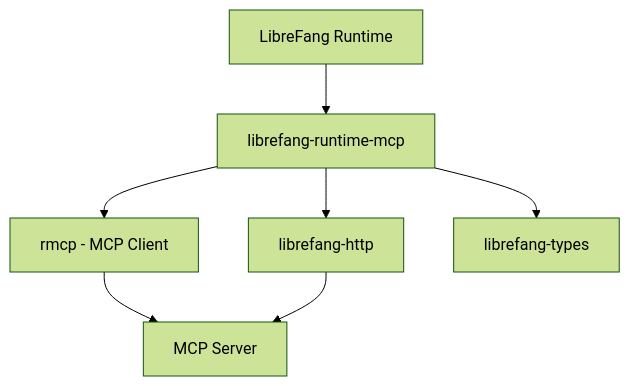
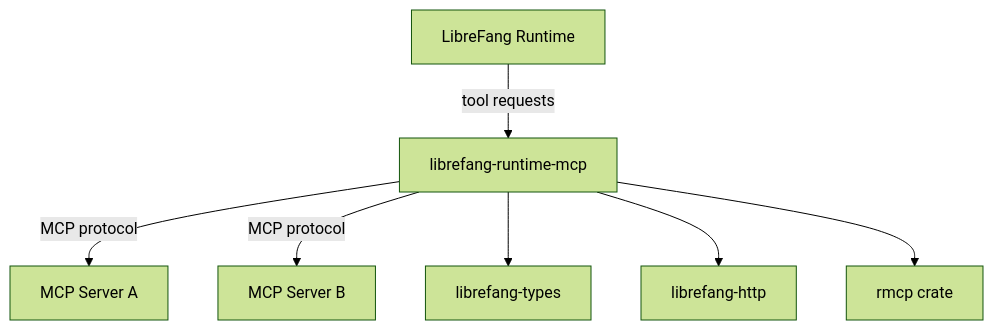
One commit to leszek3737/librefang-WIki changed the diagram in other-librefang-runtime-mcp.md. Above: the diagram before and after it, drawn with Mermaid (forest theme). The commit also changed other lines of this file and 126 other files, not shown here.

````diff
--- a/other-librefang-runtime-mcp.md
+++ b/other-librefang-runtime-mcp.md
@@ -18,9 +18,9 @@
 ```mermaid
 graph TD
-    A[LibreFang Runtime] --> B[librefang-runtime-mcp]
-    B --> C[rmcp - MCP Client]
-    B --> D[librefang-http]
+    A[LibreFang Runtime] -->|tool requests| B[librefang-runtime-mcp]
+    B -->|MCP protocol| C[MCP Server A]
+    B -->|MCP protocol| D[MCP Server B]
     B --> E[librefang-types]
-    C --> F[MCP Server]
-    D --> F
+    B --> F[librefang-http]
+    B --> G[rmcp crate]
 ```
````
